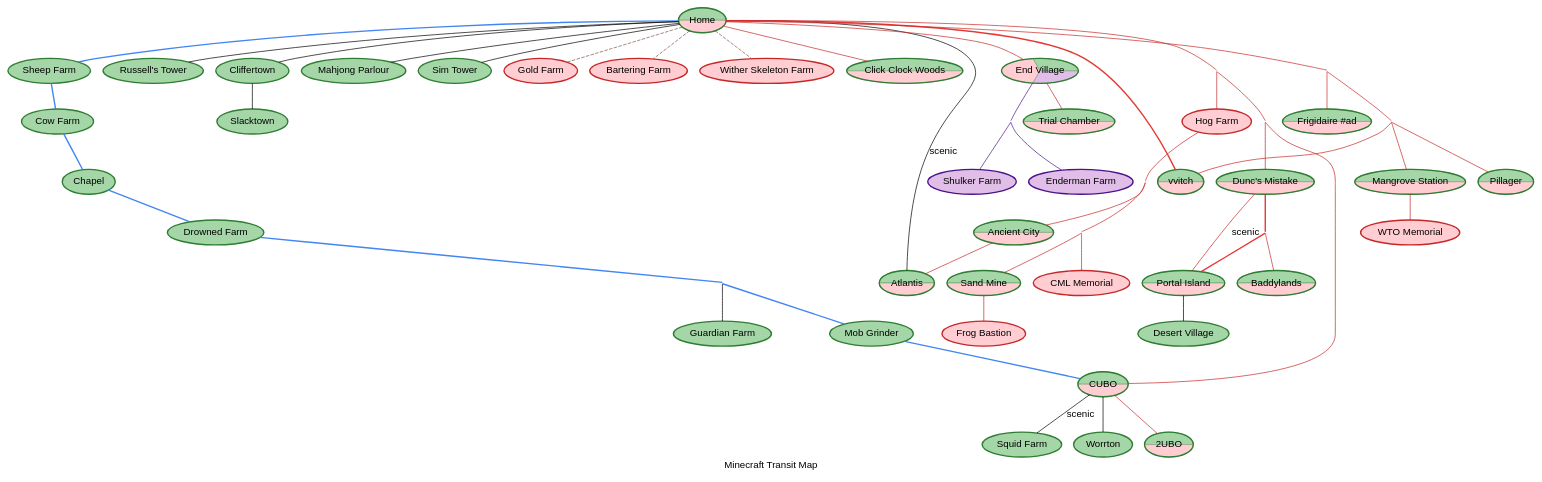
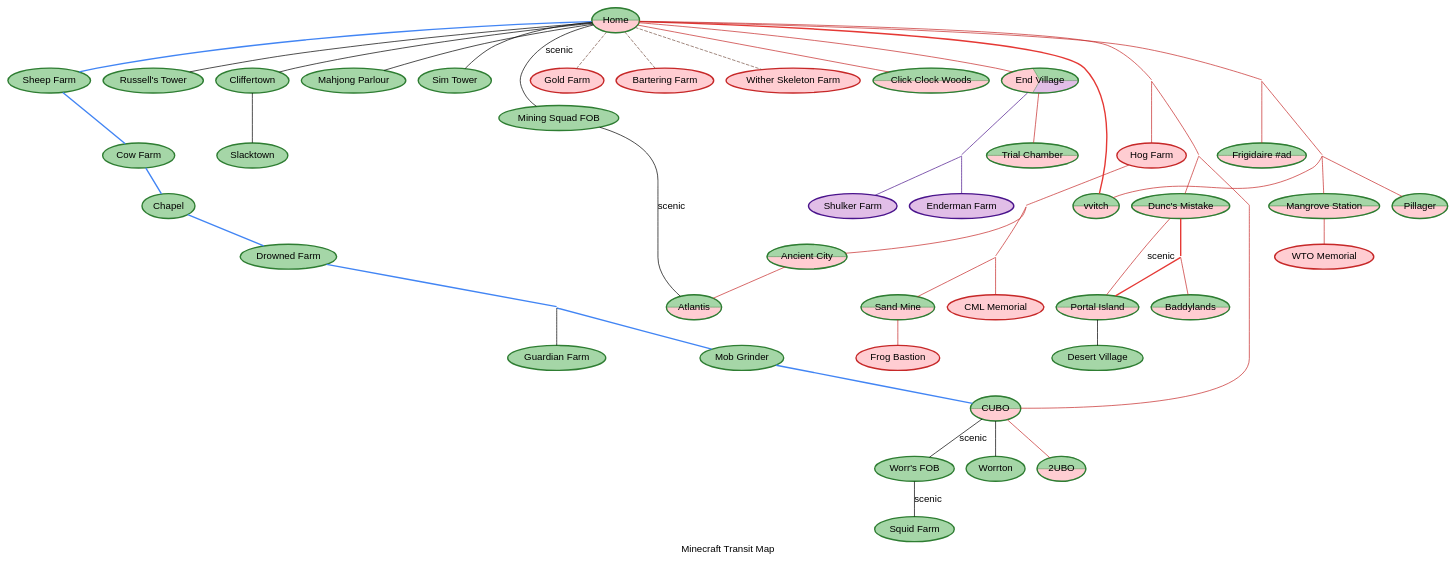
The diagram in map_body.gv (eatnumber1/minecraft-transit-map), drawn with Graphviz before and after one commit. The commit also changed 1 other file, not shown here.

```diff
--- a/map_body.gv
+++ b/map_body.gv
@@ -1,157 +1,161 @@
 digraph MinecraftRailMap {
     // Set global graph, node, and edge attributes for a consistent look
     graph [
         mode="KK",
         bb="0,0,20,40",
         overlap="prism",
         bgcolor="white",
         fontname="Helvetica,Arial,sans-serif",
         label="Minecraft Transit Map",
         fontcolor="black",
     ];
     node [
         fontname="Helvetica,Arial,sans-serif",
         style=filled,
         fontcolor="black",
         penwidth=2
     ];
     edge [
         fontname="Helvetica,Arial,sans-serif",
         color="black"
     ];
 
     // == OVERWORLD NODES ==
     // Nodes are colored in shades of green to represent the Overworld.
     node [color="#2E7D32", fillcolor="#A5D6A7"];
     Chapel [label="Chapel"];
     Cow_Farm [label="Cow Farm"];
     Sheep_Farm [label="Sheep Farm"];
     Drowned_Farm [label="Drowned Farm"];
     Mob_Grinder [label="Mob Grinder"];
     Guardian_Farm [label="Guardian Farm"];
     Russells_Tower [label="Russell's Tower"];
     Cliffertown [label="Cliffertown"];
     Mahjong_Parlour [label="Mahjong Parlour"];
     Desert_Village [label="Desert Village"];
     Slacktown [label="Slacktown"];
     Sim_Tower [label="Sim Tower"];
     Squid_Farm [label="Squid Farm"];
+    Worr_FOB [label="Worr's FOB"];
     Worrton [label="Worrton"];
+    Mining_Squad_FOB [label="Mining Squad FOB"];
 
     // == NETHER NODES ==
     node [color="#C62828", fillcolor="#FFCDD2"];
     Gold_Farm [label="Gold Farm"];
     Bartering_Farm [label="Bartering Farm"];
     Wither_Skeleton_Farm [label="Wither Skeleton Farm"];
     Hog_Farm [label="Hog Farm"];
     CML_Memorial [label="CML Memorial"];
     Frog [label="Frog Bastion"];
     WTO_Memorial [label="WTO Memorial"];
 
     // == THE END NODES ==
     node [color="#4A148C", fillcolor="#E1BEE7"];
     Enderman_Farm [label="Enderman Farm"];
     Shulker_Farm [label="Shulker Farm"];
 
     // == DUAL-DIMENSION NODES ==
     node [style=wedged, penwidth=2, shape=ellipse];
     Home [label="Home", color="#2E7D32", fillcolor="#A5D6A7:#FFCDD2"];
     Baddylands [label="Baddylands", color="#2E7D32", fillcolor="#A5D6A7:#FFCDD2"];
     Portal_Island [label="Portal Island", color="#2E7D32", fillcolor="#A5D6A7:#FFCDD2"];
     _2UBO [label="2UBO", color="#2E7D32", fillcolor="#A5D6A7:#FFCDD2"];
     Pale_Oak_Forest [label="Click Clock Woods", color="#2E7D32", fillcolor="#A5D6A7:#FFCDD2"];
     Atlantis [label="Atlantis", color="#2E7D32", fillcolor="#A5D6A7:#FFCDD2"];
     CUBO [label="CUBO", color="#2E7D32", fillcolor="#A5D6A7:#FFCDD2"];
     Sand_Mine [label="Sand Mine", color="#2E7D32", fillcolor="#A5D6A7:#FFCDD2"];
     Ancient_City [label="Ancient City", color="#2E7D32", fillcolor="#A5D6A7:#FFCDD2"];
     Duncs_Mistake [label="Dunc's Mistake", color="#2E7D32", fillcolor="#A5D6A7:#FFCDD2"];
     Frigidaire_ad [label="Frigidaire #ad", color="#2E7D32", fillcolor="#A5D6A7:#FFCDD2"];
     Pillager [label="Pillager", color="#2E7D32", fillcolor="#A5D6A7:#FFCDD2"];
     Mangrove_Station [label="Mangrove Station", color="#2E7D32", fillcolor="#A5D6A7:#FFCDD2"];
     vvitch [label="vvitch", color="#2E7D32", fillcolor="#A5D6A7:#FFCDD2"];
     Trial_Chamber [label="Trial Chamber", color="#2E7D32", fillcolor="#A5D6A7:#FFCDD2"];
 
     // == TRI-DIMENSION NODES ==
     End_Village [label="End Village", style=wedged, penwidth=2, shape=ellipse, color="#2E7D32", fillcolor="#A5D6A7:#FFCDD2:#E1BEE7"];
 
     // Invisible junction nodes
     node [style=invis, shape=point, width=0, height=0, label=""];
     Dragon_Junction;
     Junction2;
     Junction3;
     Junction4;
     Junction5;
     Junction6;
     Junction7;
     Junction8;
     EndJunction1;
 
     // == EDGES / RAIL CONNECTIONS ==
     // Main railroad line
     edge [dir=none, style=bold, color="#4285F4"];
     Home -> Sheep_Farm;
     Sheep_Farm -> Cow_Farm;
     Cow_Farm -> Chapel;
     Chapel -> Drowned_Farm;
     Drowned_Farm -> Dragon_Junction;
     Dragon_Junction -> Mob_Grinder;
     Mob_Grinder -> CUBO;
 
     // Spur lines
     edge [dir=none, style=solid, color="black"];
     Dragon_Junction -> Guardian_Farm;
     Home -> Russells_Tower;
     Home -> Cliffertown;
     Cliffertown -> Slacktown;
     Home -> Mahjong_Parlour;
     Home -> Sim_Tower;
     Portal_Island -> Desert_Village;
-    Home -> Atlantis [label="scenic"];
-    CUBO -> Squid_Farm [label="scenic"];
+    Home -> Mining_Squad_FOB [label="scenic"];
+    Mining_Squad_FOB -> Atlantis [label="scenic"];
+    CUBO -> Worr_FOB [label="scenic"];
+    Worr_FOB -> Squid_Farm [label="scenic"];
     CUBO -> Worrton;
 
     // Nether rail (connects directly to Home)
     edge [dir=none, style=solid, color="#C62828"];
     Junction3 -> Junction2;
     Junction3 -> Hog_Farm;
     Hog_Farm -> Junction5;
     Home -> Junction3;
     Junction2 -> Duncs_Mistake;
     Duncs_Mistake -> Portal_Island [label="scenic"]; // Local line
     Junction2 -> CUBO;
     CUBO -> _2UBO;
     Home -> End_Village;
     Home -> Pale_Oak_Forest;
     Junction5 -> Ancient_City;
     Ancient_City -> Atlantis; // Existing Nether route
     Junction5 -> Junction4;
     Junction4 -> CML_Memorial;
     Junction4 -> Sand_Mine;
     Sand_Mine -> Frog;
     Junction6 -> Baddylands;
     Home -> Junction7;
     Junction7 -> Frigidaire_ad;
     Junction7 -> Junction8;
     Junction8 -> vvitch;
     Junction8 -> Mangrove_Station;
     Mangrove_Station -> WTO_Memorial;
     Junction8 -> Pillager;
     End_Village -> Trial_Chamber;
 
     // Nether Express Rail
     edge [dir=none, style=bold, color="#E53935"];
     Duncs_Mistake -> Junction6 -> Portal_Island; // Express line
     Home -> vvitch;
 
     // End rail (connects directly to End Village)
     edge [dir=none, style=solid, color="#4A148C"];
     End_Village -> EndJunction1
     EndJunction1 -> Enderman_Farm;
     EndJunction1 -> Shulker_Farm;
 
     // Footpath (connects directly to Home)
     edge [dir=none, style=dashed, color="#795548"];
     Home -> Gold_Farm;
     Home -> Bartering_Farm;
     Home -> Wither_Skeleton_Farm;
 }
```
